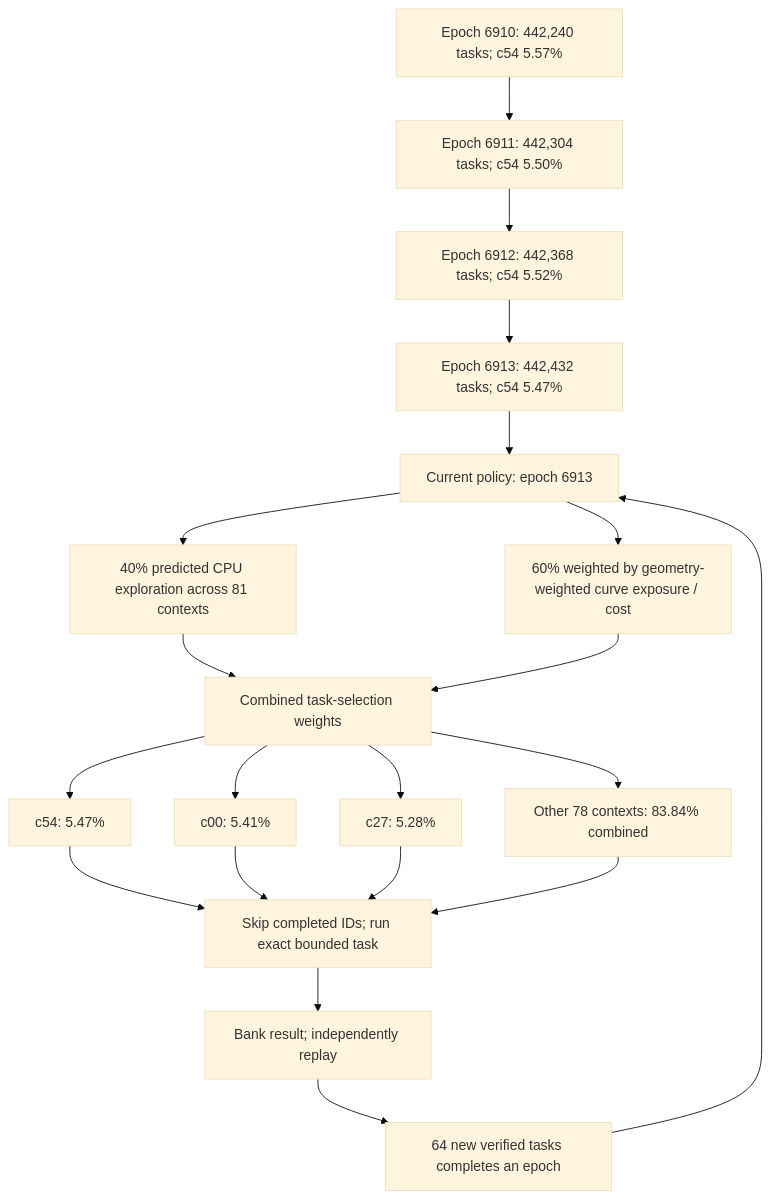
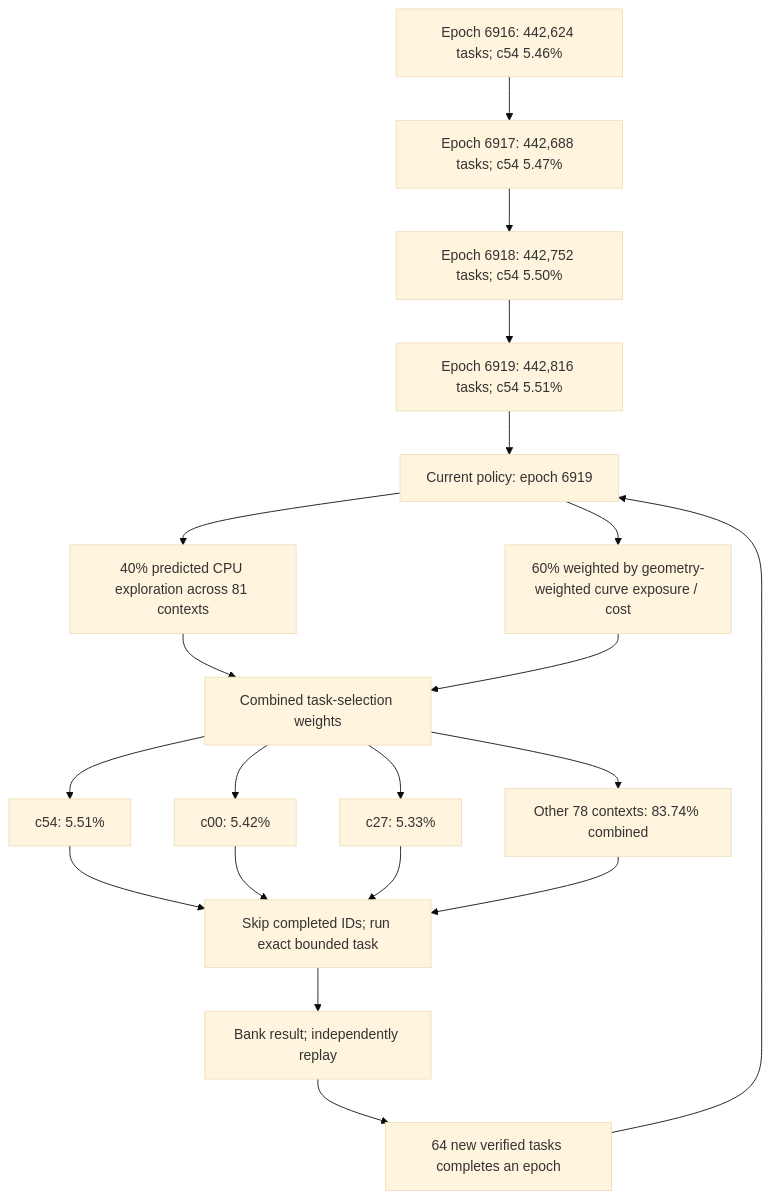
One commit to Kuberwastaken/math-gambling changed the first of 4 diagrams in README.md. Above: the diagram before and after it, drawn with Mermaid (base theme). The commit also changed other lines of this file and 999 other files, not shown here.

````diff
--- a/README.md
+++ b/README.md
@@ -60,27 +60,27 @@
 ```mermaid
 flowchart TD
-    H0["Epoch 6910: 442,240 tasks; c54 5.57%"]
-    H1["Epoch 6911: 442,304 tasks; c54 5.50%"]
+    H0["Epoch 6916: 442,624 tasks; c54 5.46%"]
+    H1["Epoch 6917: 442,688 tasks; c54 5.47%"]
     H0 --> H1
-    H2["Epoch 6912: 442,368 tasks; c54 5.52%"]
+    H2["Epoch 6918: 442,752 tasks; c54 5.50%"]
     H1 --> H2
-    H3["Epoch 6913: 442,432 tasks; c54 5.47%"]
+    H3["Epoch 6919: 442,816 tasks; c54 5.51%"]
     H2 --> H3
-    Policy["Current policy: epoch 6913"]
+    Policy["Current policy: epoch 6919"]
     H3 --> Policy
     Policy --> Explore["40% predicted CPU exploration across 81 contexts"]
     Policy --> Cost["60% weighted by geometry-weighted curve exposure / cost"]
     Explore --> Mix["Combined task-selection weights"]
     Cost --> Mix
-    Mix --> C0["c54: 5.47%"]
-    Mix --> C1["c00: 5.41%"]
-    Mix --> C2["c27: 5.28%"]
-    Mix --> Rest["Other 78 contexts: 83.84% combined"]
+    Mix --> C0["c54: 5.51%"]
+    Mix --> C1["c00: 5.42%"]
+    Mix --> C2["c27: 5.33%"]
+    Mix --> Rest["Other 78 contexts: 83.74% combined"]
     C0 --> Check["Skip completed IDs; run exact bounded task"]
     C1 --> Check
     C2 --> Check
     Rest --> Check
     Check --> Replay["Bank result; independently replay"]
     Replay --> Gate["64 new verified tasks completes an epoch"]
     Gate --> Policy
 ```
````
